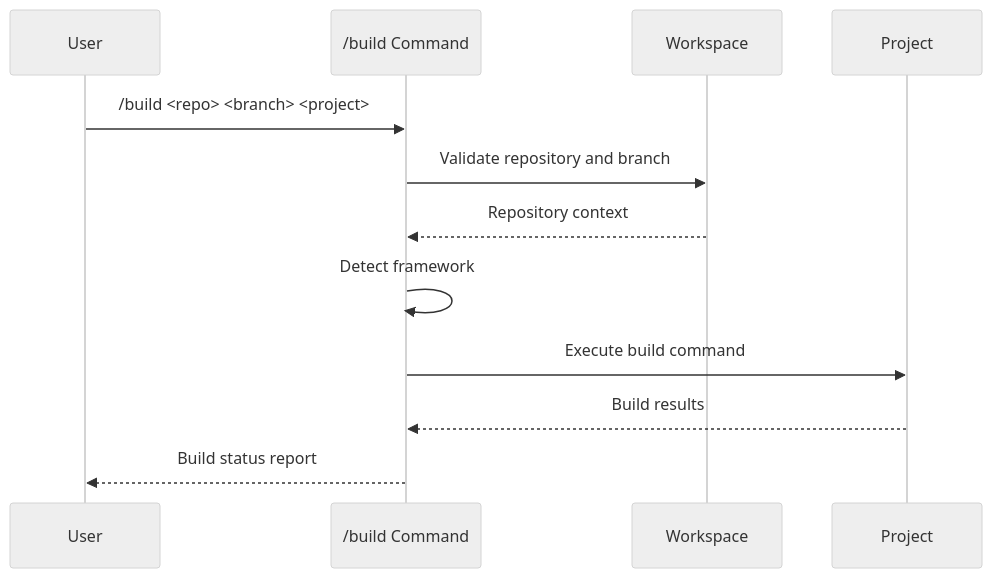
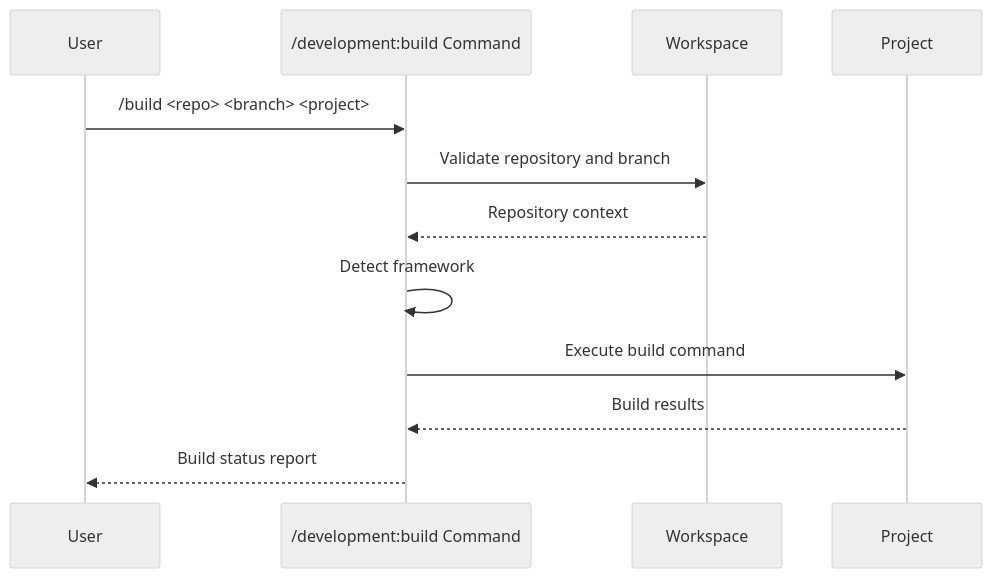
Before and after one commit to zzaia/zzaia-agentic-workspace: the diagram in .claude/commands/development/build.md, drawn with Mermaid (neutral theme). The commit also changed 9 other files, not shown here.

````diff
--- a/.claude/commands/development/build.md
+++ b/.claude/commands/development/build.md
@@ -48,15 +48,15 @@
 ```mermaid
 sequenceDiagram
     participant U as User
-    participant C as /build Command
+    participant C as /development:build Command
     participant W as Workspace
     participant P as Project
 
     U->>C: /build <repo> <branch> <project>
     C->>W: Validate repository and branch
     W-->>C: Repository context
     C->>C: Detect framework
     C->>P: Execute build command
     P-->>C: Build results
     C-->>U: Build status report
 ```
````
